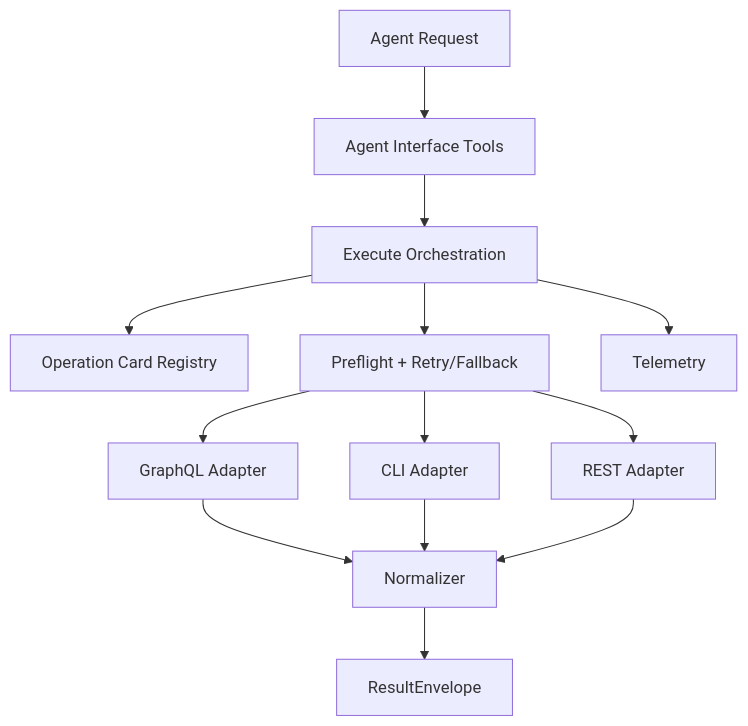
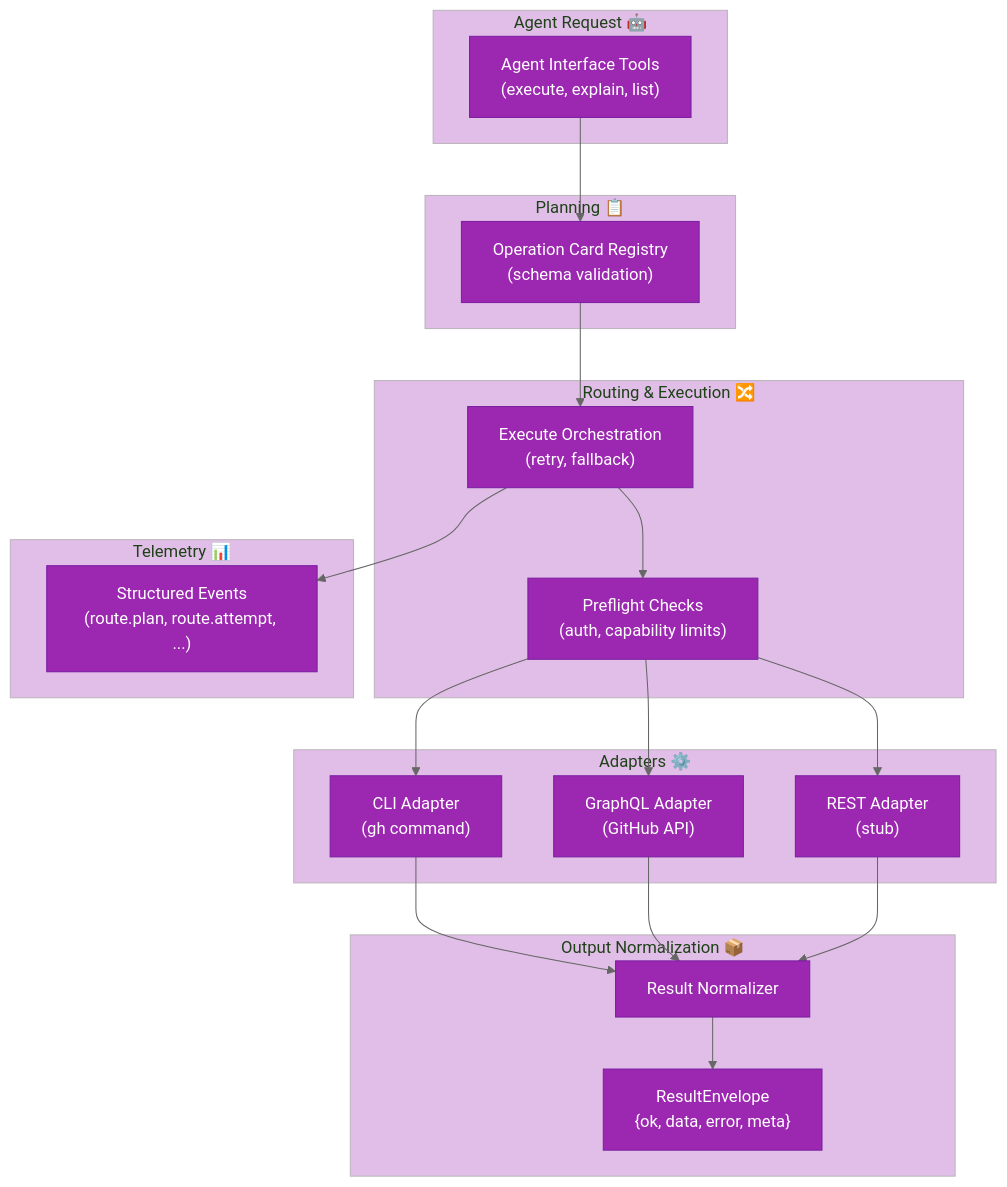
Before and after one commit to aryeko/ghx: the diagram in docs/architecture/system-design.md, drawn with Mermaid. The commit also changed 60 other files, not shown here.

````diff
--- a/docs/architecture/system-design.md
+++ b/docs/architecture/system-design.md
@@ -14,15 +14,43 @@
 ```mermaid
+%%{init: {'theme': 'base', 'themeVariables': {'primaryColor': '#9C27B0', 'primaryTextColor': '#fff', 'primaryBorderColor': '#7B1FA2', 'lineColor': '#666', 'secondaryColor': '#CE93D8', 'tertiaryColor': '#E1BEE7'}}}%%
 flowchart TB
-  A[Agent Request] --> B[Agent Interface Tools]
-  B --> C[Execute Orchestration]
-  C --> D[Operation Card Registry]
-  C --> E[Preflight + Retry/Fallback]
-  E --> F[GraphQL Adapter]
-  E --> G[CLI Adapter]
-  E --> H[REST Adapter]
-  F --> I[Normalizer]
-  G --> I
+  subgraph Agent["Agent Request 🤖"]
+    A["Agent Interface Tools<br/>(execute, explain, list)"]
+  end
+
+  subgraph Planning["Planning 📋"]
+    B["Operation Card Registry<br/>(schema validation)"]
+  end
+
+  subgraph Engine["Routing & Execution 🔀"]
+    C["Execute Orchestration<br/>(retry, fallback)"]
+    D["Preflight Checks<br/>(auth, capability limits)"]
+  end
+
+  subgraph Adapters["Adapters ⚙️"]
+    E["CLI Adapter<br/>(gh command)"]
+    F["GraphQL Adapter<br/>(GitHub API)"]
+    G["REST Adapter<br/>(stub)"]
+  end
+
+  subgraph Output["Output Normalization 📦"]
+    H["Result Normalizer"]
+    I["ResultEnvelope<br/>{ok, data, error, meta}"]
+  end
+
+  subgraph Meta["Telemetry 📊"]
+    J["Structured Events<br/>(route.plan, route.attempt, ...)"]
+  end
+
+  A --> B
+  B --> C
+  C --> D
+  D --> E
+  D --> F
+  D --> G
+  E --> H
+  F --> H
+  G --> H
   H --> I
-  I --> J[ResultEnvelope]
-  C --> K[Telemetry]
+  C --> J
 ```
````
